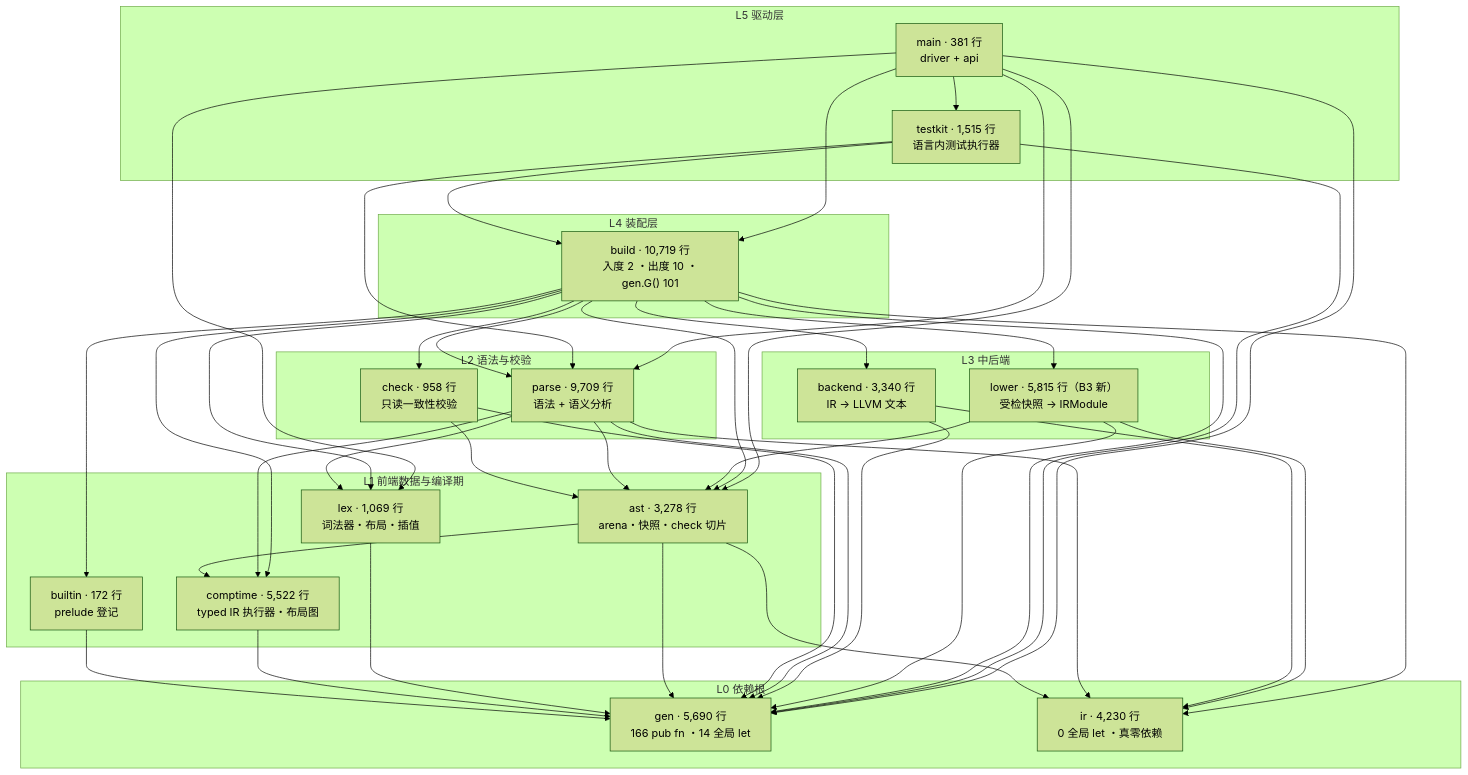
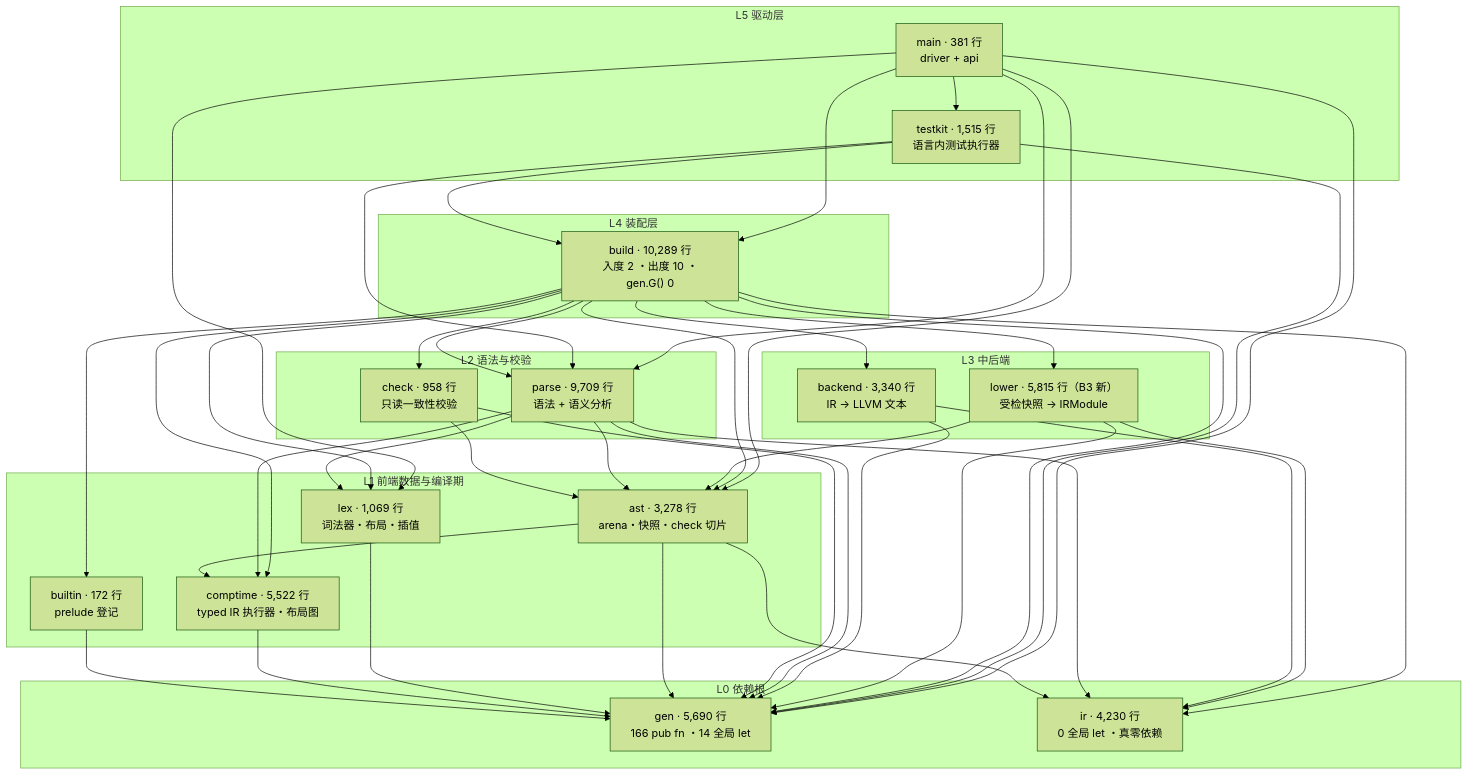
The second of 9 diagrams in docs/03-design/yh-架构图-2026-10-25.md (lalavender/x), drawn with Mermaid (forest theme) before and after one commit. The commit also changed other lines of this file and 3 other files, not shown here.

Commit message:
docs: B1 全部完成（B1-3/B1-4 记录、gen.G()=0、基线表与架构图同步、AGENTS 窄口约定）

````diff
--- a/docs/03-design/yh-架构图-2026-10-25.md
+++ b/docs/03-design/yh-架构图-2026-10-25.md
@@ -81,68 +81,68 @@
 ```mermaid
 flowchart TB
   subgraph L5["L5 驱动层"]
     MAIN["main · 381 行<br/>driver + api"]
     TK["testkit · 1,515 行<br/>语言内测试执行器"]
   end
   subgraph L4["L4 装配层"]
-    BUILD["build · 10,719 行<br/>入度 2 ・出度 10 ・gen.G() 101"]
+    BUILD["build · 10,289 行<br/>入度 2 ・出度 10 ・gen.G() 0"]
   end
   subgraph L3["L3 中后端"]
     LOWER["lower · 5,815 行（B3 新）<br/>受检快照 → IRModule"]
     BE["backend · 3,340 行<br/>IR → LLVM 文本"]
   end
   subgraph L2["L2 语法与校验"]
     PARSE["parse · 9,709 行<br/>语法 + 语义分析"]
     CHECK["check · 958 行<br/>只读一致性校验"]
   end
   subgraph L1["L1 前端数据与编译期"]
     AST["ast · 3,278 行<br/>arena・快照・check 切片"]
     CT["comptime · 5,522 行<br/>typed IR 执行器・布局图"]
     LEX["lex · 1,069 行<br/>词法器・布局・插值"]
     BI["builtin · 172 行<br/>prelude 登记"]
   end
   subgraph L0["L0 依赖根"]
     GEN["gen · 5,690 行<br/>166 pub fn ・14 全局 let"]
     IR["ir · 4,230 行<br/>0 全局 let ・真零依赖"]
   end
 
   MAIN --> BUILD
   MAIN --> TK
   MAIN --> PARSE
   MAIN --> AST
   MAIN --> LEX
   MAIN --> GEN
   TK --> BUILD
   TK --> PARSE
   TK --> GEN
 
   BUILD --> PARSE
   BUILD --> CHECK
   BUILD --> LOWER
   BUILD --> AST
   BUILD --> CT
   BUILD --> LEX
   BUILD --> IR
   BUILD --> BE
   BUILD --> BI
   BUILD --> GEN
 
   LOWER --> AST
   LOWER --> IR
   LOWER --> GEN
   BE --> IR
   BE --> GEN
   PARSE --> AST
   PARSE --> CT
   PARSE --> LEX
   PARSE --> IR
   PARSE --> GEN
   CHECK --> AST
   CHECK --> GEN
   AST --> CT
   AST --> IR
   AST --> GEN
   LEX --> GEN
   CT --> GEN
   BI --> GEN
 ```
````
